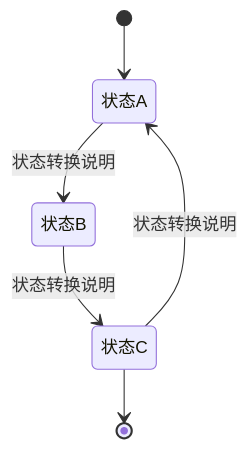
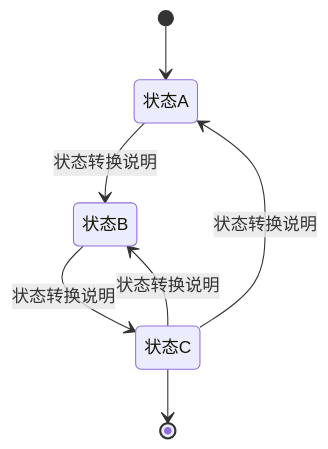
Before and after one commit to MadMaxChow/VLOOK: the sixth of 12 diagrams in released/demo/chart.md, drawn with Mermaid. The commit also changed other lines of this file and 96 other files, not shown here.

````diff
--- a/released/demo/chart.md
+++ b/released/demo/chart.md
@@ -333,8 +421,9 @@
 ```mermaid
 stateDiagram
 [*] --> 状态A
 状态A --> 状态B : 状态转换说明
 状态B --> 状态C : 状态转换说明
+状态C --> 状态B : 状态转换说明
 状态C --> 状态A : 状态转换说明
 状态C --> [*]
 ```
````
